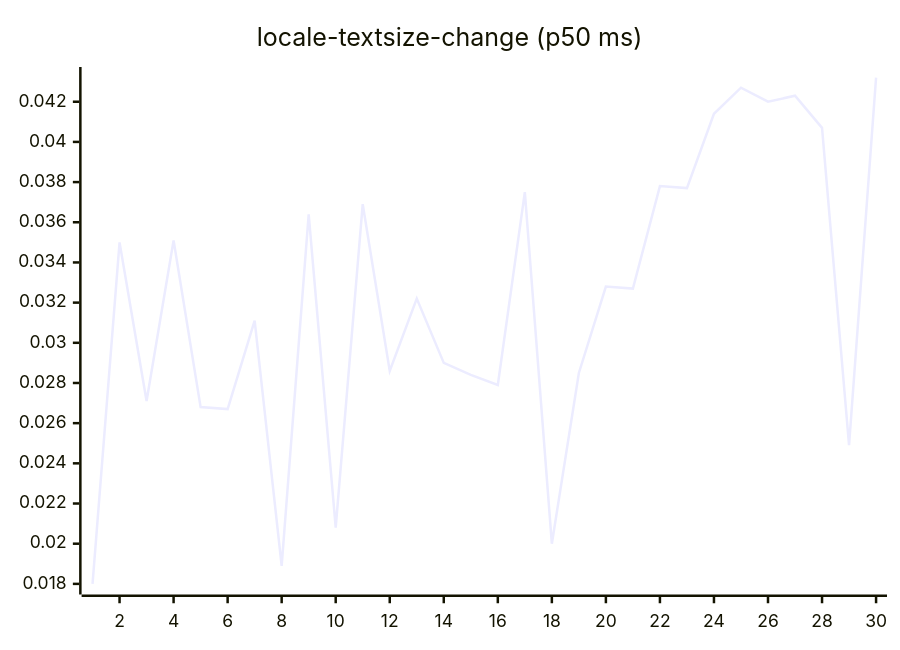
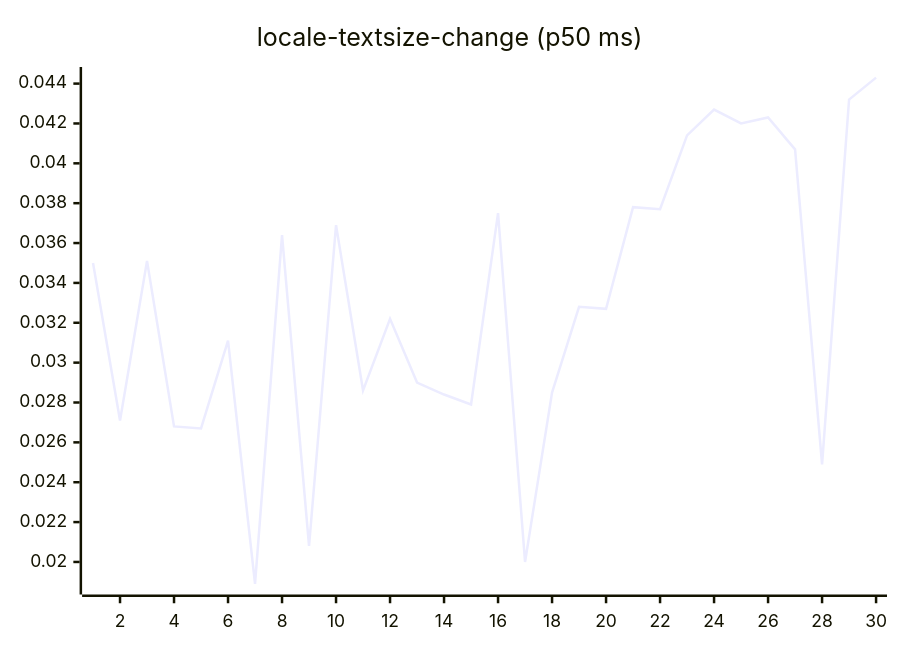
One commit to josha/Facet changed diagram 13 of 27 in README.md. Above: the diagram before and after it, drawn with Mermaid. The commit also changed other lines of this file and 2 other files, not shown here.

````diff
--- a/README.md
+++ b/README.md
@@ -147,6 +147,6 @@
 ```mermaid
 xychart-beta
     title "locale-textsize-change (p50 ms)"
     x-axis 1 --> 30
-    line [0.0180, 0.0350, 0.0271, 0.0351, 0.0268, 0.0267, 0.0311, 0.0189, 0.0364, 0.0208, 0.0369, 0.0286, 0.0322, 0.0290, 0.0284, 0.0279, 0.0375, 0.0200, 0.0285, 0.0328, 0.0327, 0.0378, 0.0377, 0.0414, 0.0427, 0.0420, 0.0423, 0.0407, 0.0249, 0.0432]
+    line [0.0350, 0.0271, 0.0351, 0.0268, 0.0267, 0.0311, 0.0189, 0.0364, 0.0208, 0.0369, 0.0286, 0.0322, 0.0290, 0.0284, 0.0279, 0.0375, 0.0200, 0.0285, 0.0328, 0.0327, 0.0378, 0.0377, 0.0414, 0.0427, 0.0420, 0.0423, 0.0407, 0.0249, 0.0432, 0.0443]
 ```
````
